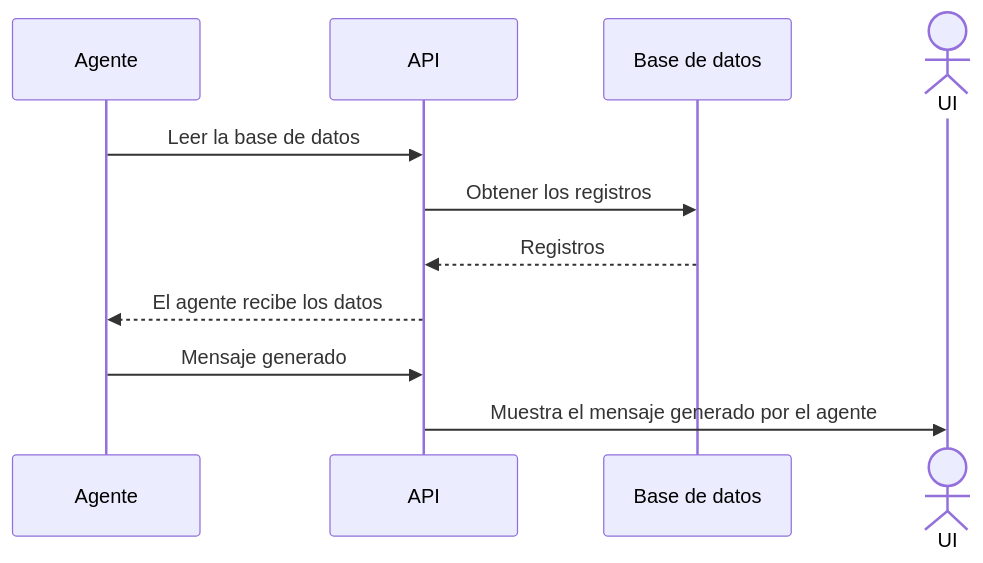
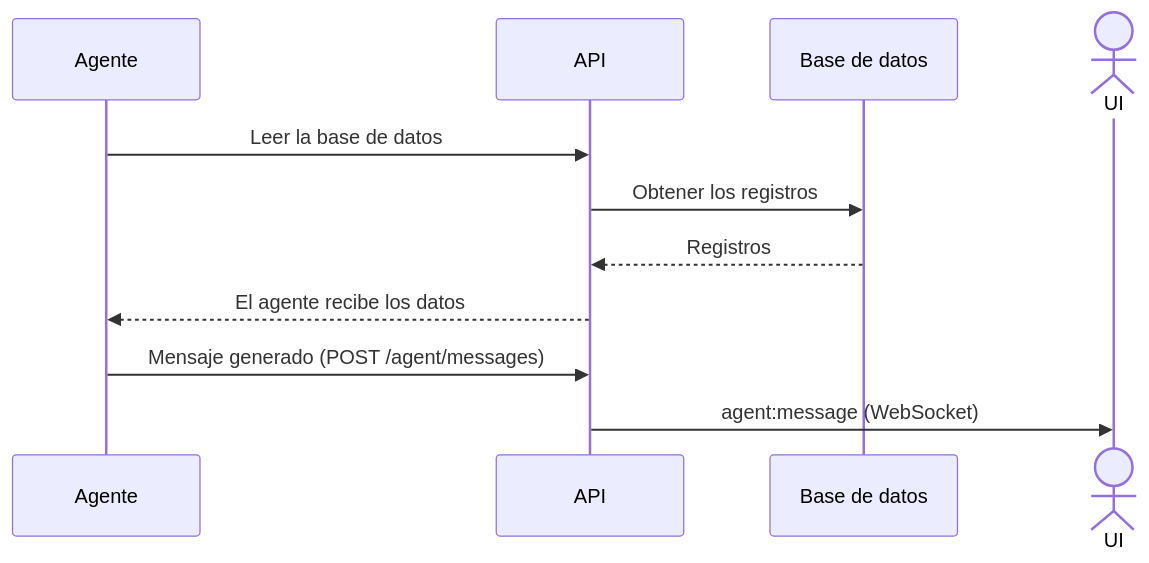
One commit to AgustinReyesC/hack-saltillo-api changed the third of 3 diagrams in README.md. Above: the diagram before and after it, drawn with Mermaid. The commit also changed other lines of this file and 68 other files, not shown here.

First line of the commit message:
feat: add RealtimeGateway for WebSocket notifications and implement WorkOrders module

````diff
--- a/README.md
+++ b/README.md
@@ -158,13 +160,13 @@
 ```mermaid
 sequenceDiagram
     participant G as Agente
     participant A as API
     participant D as Base de datos
     actor U as UI
     G->>A: Leer la base de datos
     A->>D: Obtener los registros
     D-->>A: Registros
     A-->>G: El agente recibe los datos
-    G->>A: Mensaje generado
-    A->>U: Muestra el mensaje generado por el agente
+    G->>A: Mensaje generado (POST /agent/messages)
+    A->>U: agent:message (WebSocket)
 ```
````
